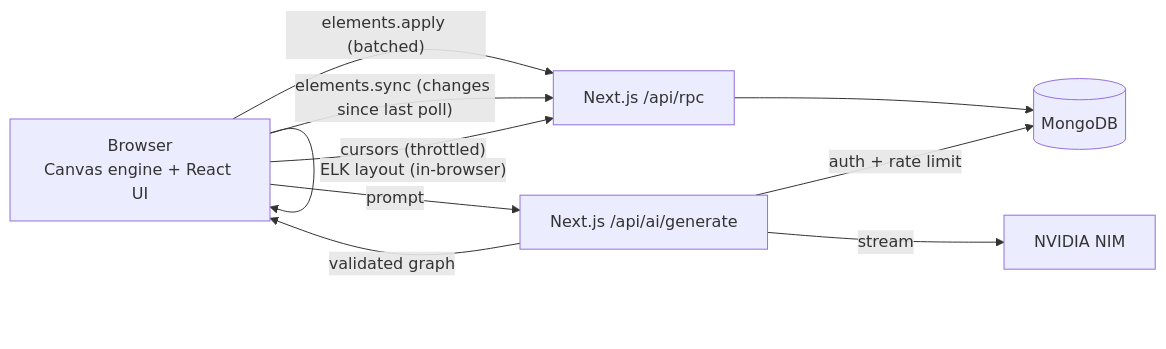
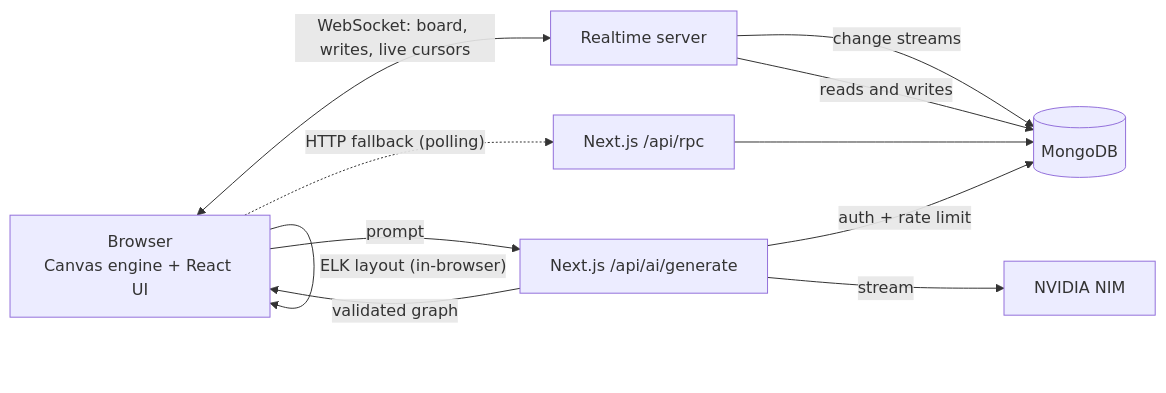
One commit to Tanmay-Mirgal/Slate changed the diagram in README.md. Above: the diagram before and after it, drawn with Mermaid. The commit also changed other lines of this file and 23 other files, not shown here.

````diff
--- a/README.md
+++ b/README.md
@@ -86,12 +90,13 @@
 ```mermaid
 graph LR
-  B[Browser<br/>Canvas engine + React UI] -- "elements.apply (batched)" --> S[Next.js /api/rpc]
-  S --> C[(MongoDB)]
-  B -- "elements.sync (changes since last poll)" --> S
-  B -- "cursors (throttled)" --> S
+  B[Browser<br/>Canvas engine + React UI] <-- "WebSocket: board, writes, live cursors" --> W[Realtime server]
+  W -- "change streams" --> C[(MongoDB)]
+  W -- "reads and writes" --> C
+  B -. "HTTP fallback (polling)" .-> S[Next.js /api/rpc]
+  S --> C
   B -- "prompt" --> R[Next.js /api/ai/generate]
   R -- "auth + rate limit" --> C
   R -- "stream" --> N[NVIDIA NIM]
   R -- "validated graph" --> B
   B -- "ELK layout (in-browser)" --> B
 ```
````
